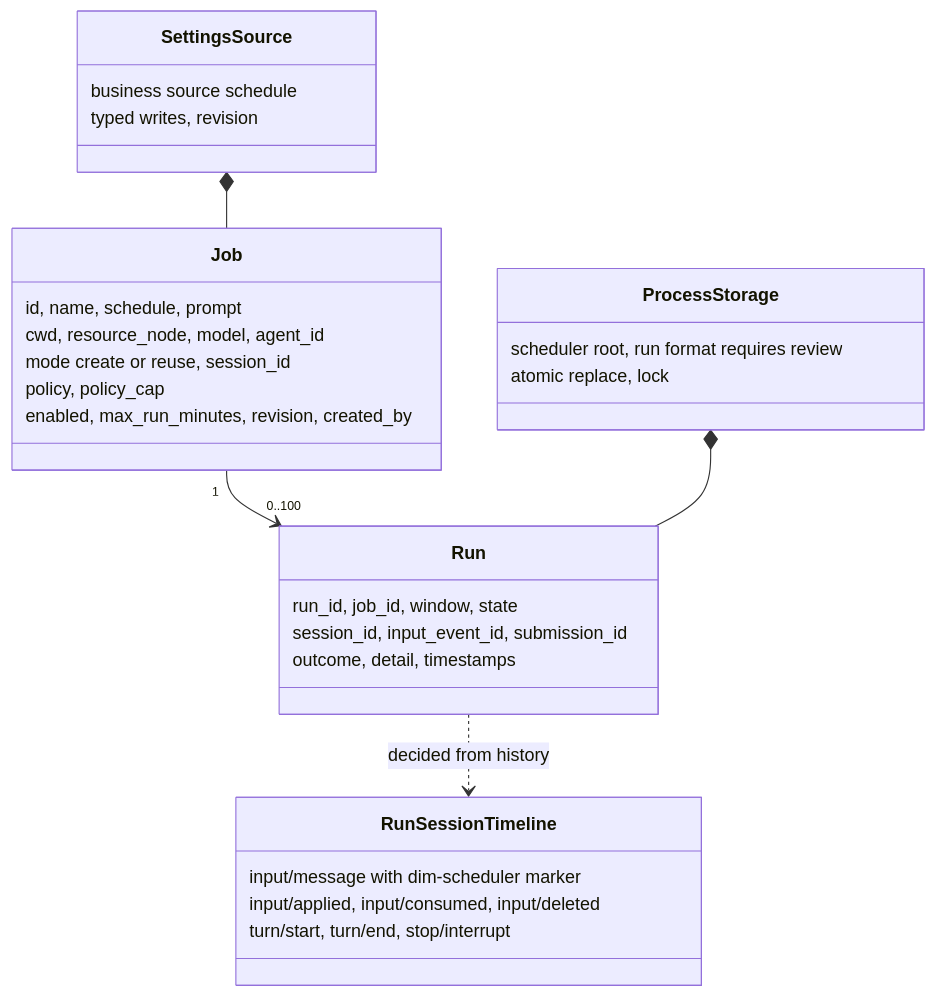
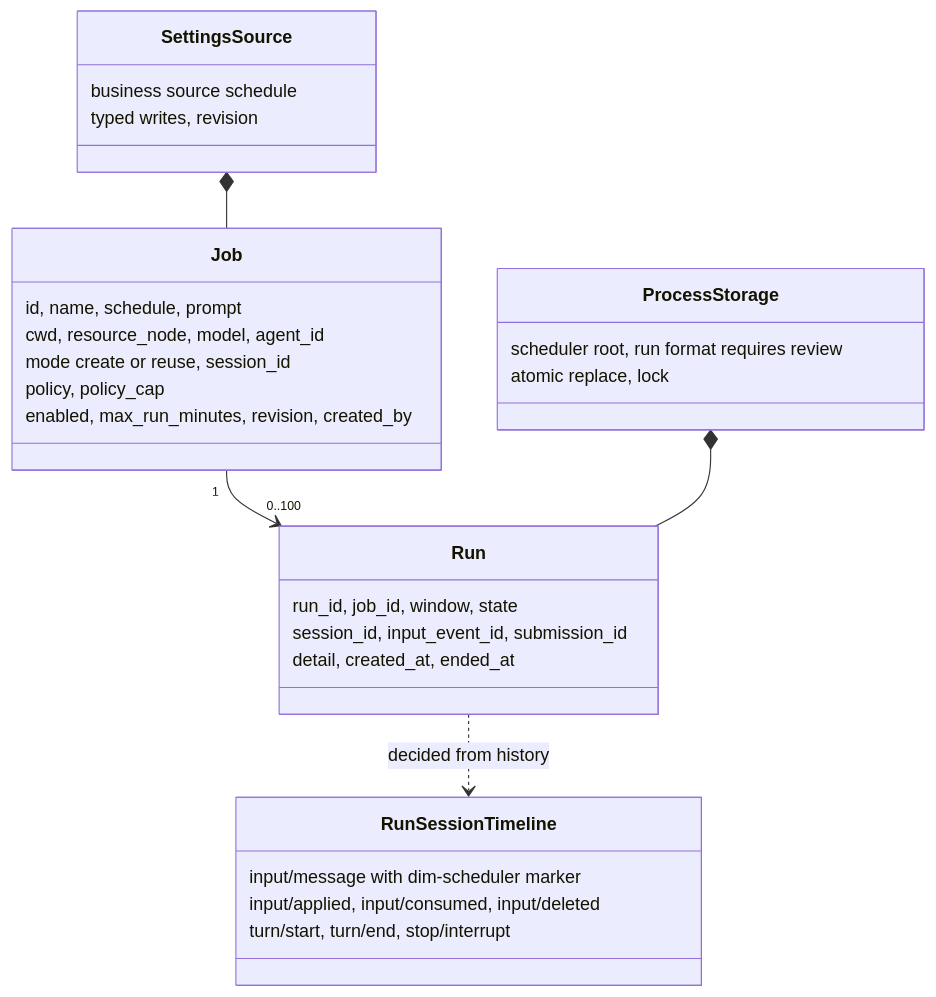
The second of 6 diagrams in docs/design/plugins/Scheduler.md (CoutinhoTTS/dim-agent), drawn with Mermaid before and after one commit. The commit also changed other lines of this file and 3 other files, not shown here.

````diff
--- a/docs/design/plugins/Scheduler.md
+++ b/docs/design/plugins/Scheduler.md
@@ -69,32 +69,32 @@
 ```mermaid
 classDiagram
   class Job {
     id, name, schedule, prompt
     cwd, resource_node, model, agent_id
     mode create or reuse, session_id
     policy, policy_cap
     enabled, max_run_minutes, revision, created_by
   }
   class Run {
     run_id, job_id, window, state
     session_id, input_event_id, submission_id
-    outcome, detail, timestamps
+    detail, created_at, ended_at
   }
   class SettingsSource {
     business source schedule
     typed writes, revision
   }
   class ProcessStorage {
     scheduler root, run format requires review
     atomic replace, lock
   }
   class RunSessionTimeline {
     input/message with dim-scheduler marker
     input/applied, input/consumed, input/deleted
     turn/start, turn/end, stop/interrupt
   }
   Job "1" --> "0..100" Run
   SettingsSource *-- Job
   ProcessStorage *-- Run
   Run ..> RunSessionTimeline : decided from history
 ```
````
